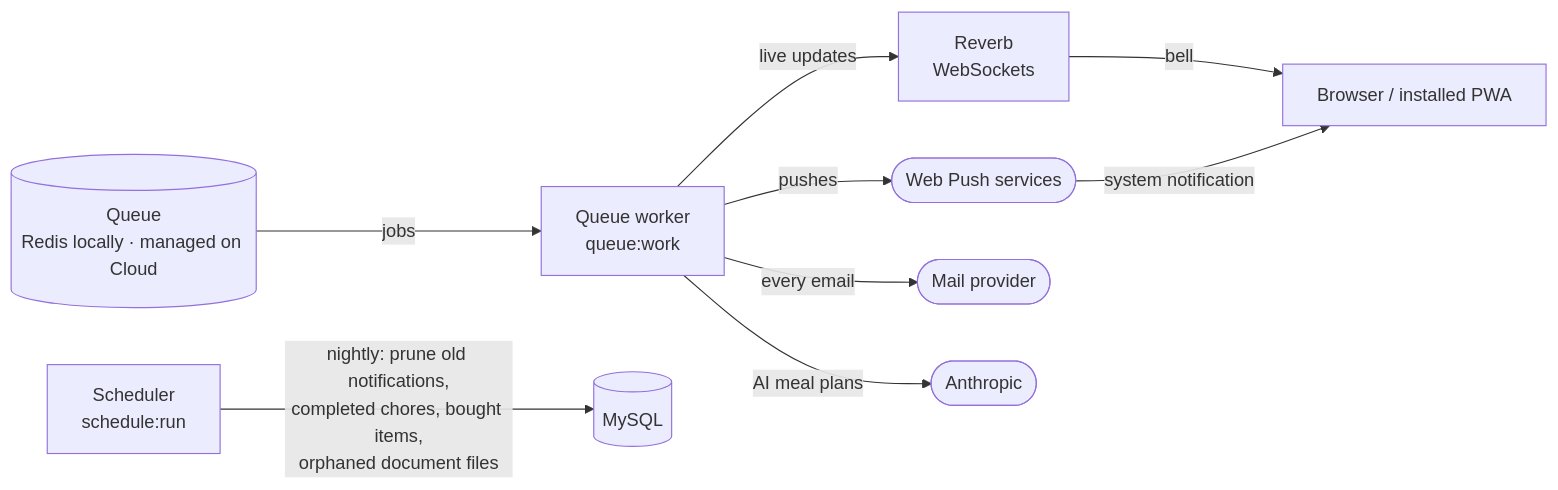
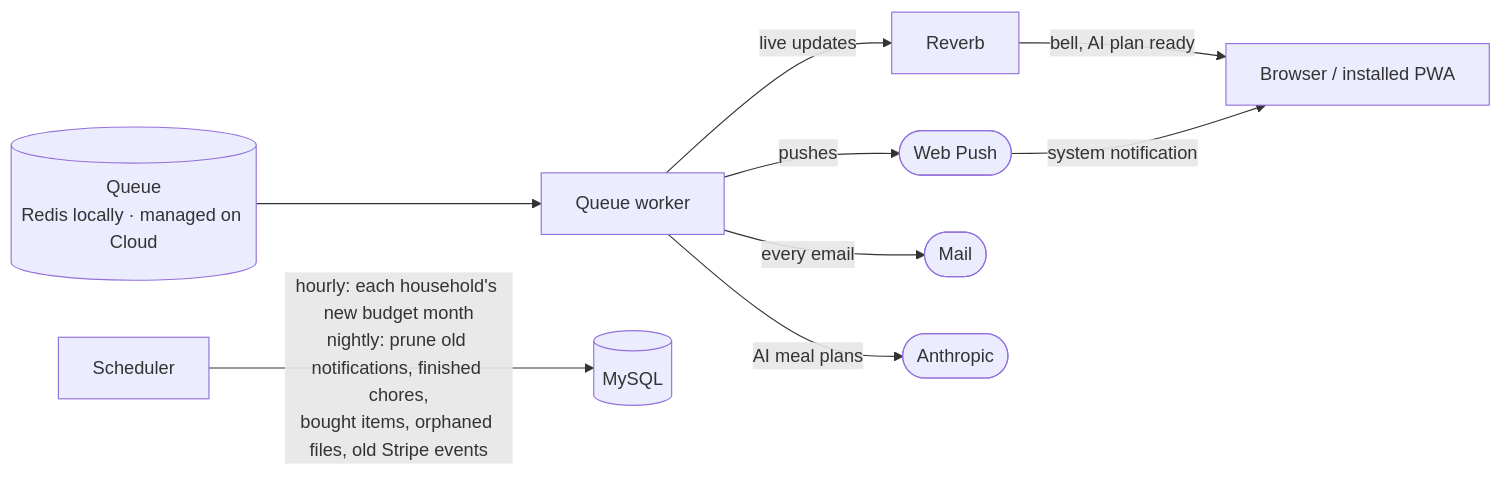
One commit to owensanders/ryh changed the second of 3 diagrams in README.md. Above: the diagram before and after it, drawn with Mermaid. The commit also changed other lines of this file, not shown here.

First line of the commit message:
Bring the README's architecture up to date, and keep it short

````diff
--- a/README.md
+++ b/README.md
@@ -185,21 +223,19 @@
 ```mermaid
 flowchart LR
-    redis[("Queue<br/>Redis locally · managed on Cloud")]
-    worker["Queue worker<br/>queue:work"]
-    reverb["Reverb<br/>WebSockets"]
-    push(["Web Push services"])
-    mail(["Mail provider"])
+    queue[("Queue<br/>Redis locally · managed on Cloud")]
+    worker["Queue worker"]
+    scheduler["Scheduler"]
+    reverb["Reverb"]
+    browser["Browser / installed PWA"]
+    push(["Web Push"])
+    mail(["Mail"])
     anthropic(["Anthropic"])
-    browser["Browser / installed PWA"]
-    scheduler["Scheduler<br/>schedule:run"]
     mysql[("MySQL")]
 
-    redis -->|"jobs"| worker
-    worker -->|"live updates"| reverb
-    worker -->|"pushes"| push
+    queue --> worker
+    worker -->|"live updates"| reverb -->|"bell, AI plan ready"| browser
+    worker -->|"pushes"| push -->|"system notification"| browser
     worker -->|"every email"| mail
     worker -->|"AI meal plans"| anthropic
-    reverb -->|"bell"| browser
-    push -->|"system notification"| browser
-    scheduler -->|"nightly: prune old notifications,<br/>completed chores, bought items,<br/>orphaned document files"| mysql
+    scheduler -->|"hourly: each household's new budget month<br/>nightly: prune old notifications, finished chores,<br/>bought items, orphaned files, old Stripe events"| mysql
 ```
````
